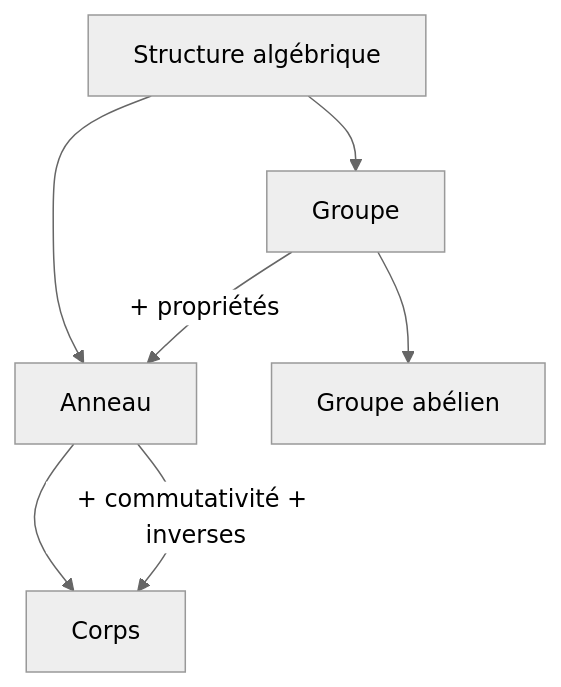
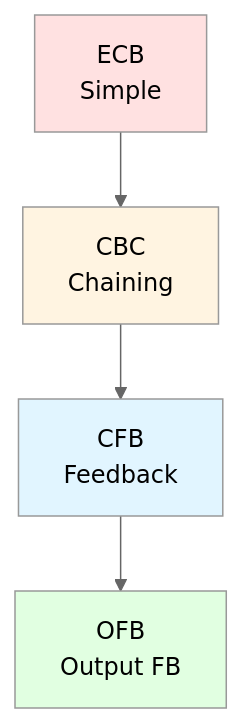
Before and after one commit to Arkanthara/information_system_security: the second of 3 diagrams in en/exercices.qmd, drawn with Mermaid (neutral theme). The commit also changed other lines of this file and 1 other file, not shown here.

````diff
--- a/en/exercices.qmd
+++ b/en/exercices.qmd
@@ -102,11 +193,11 @@
 ```mermaid
 graph TD
-    A[Structure algébrique] --> B[Groupe]
-    A --> C[Anneau]
-    C --> D[Corps]
+    A[ECB<br/>Simple] --> B[CBC<br/>Chaining]
+    B --> C[CFB<br/>Feedback]
+    C --> D[OFB<br/>Output FB]
     
-    B --> B1[Groupe abélien]
-    
-    B -->|+ propriétés| C
-    C -->|+ commutativité + inverses| D
+    style A fill:#ffe1e1
+    style B fill:#fff4e1
+    style C fill:#e1f5ff
+    style D fill:#e1ffe1
 ```
````
